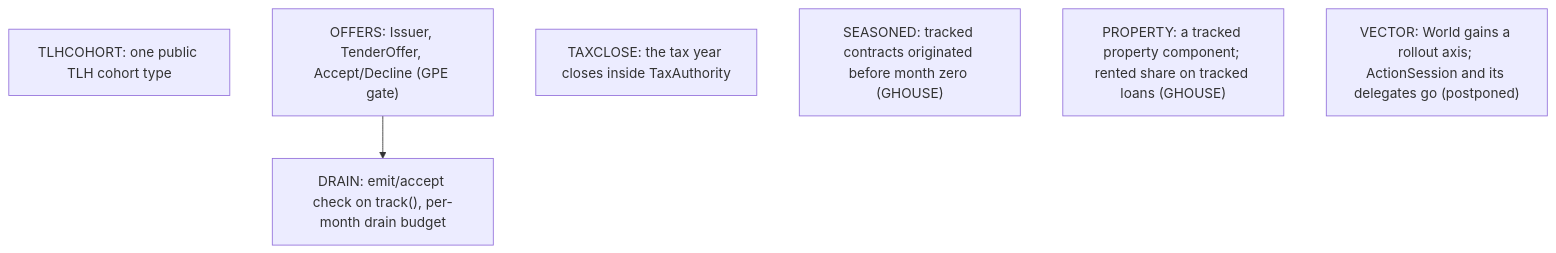
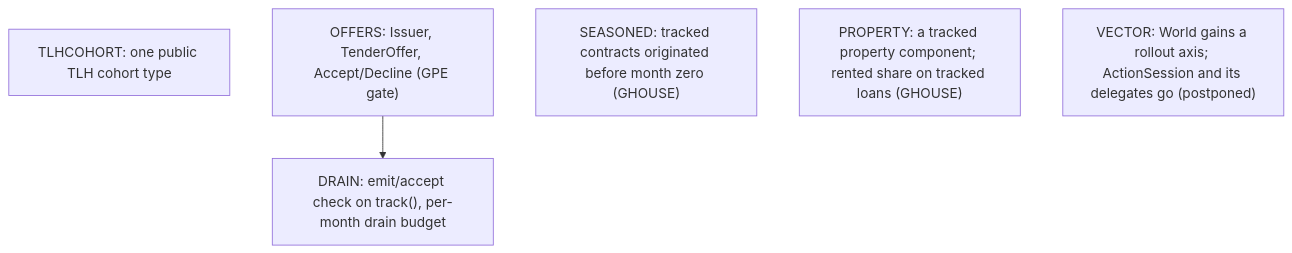
The diagram in finance/augur/plans/library_design_gates.md (agentydragon/ducktape), drawn with Mermaid before and after one commit. The commit also changed other lines of this file and 13 other files, not shown here.

````diff
--- a/finance/augur/plans/library_design_gates.md
+++ b/finance/augur/plans/library_design_gates.md
@@ -16,11 +16,10 @@
 ```mermaid
 graph TD
     TLHCOHORT["TLHCOHORT: one public TLH cohort type"]
     OFFERS["OFFERS: Issuer, TenderOffer, Accept/Decline (GPE gate)"]
     DRAIN["DRAIN: emit/accept check on track(), per-month drain budget"]
-    TAXCLOSE["TAXCLOSE: the tax year closes inside TaxAuthority"]
     SEASONED["SEASONED: tracked contracts originated before month zero (GHOUSE)"]
     PROPERTY["PROPERTY: a tracked property component; rented share on tracked loans (GHOUSE)"]
     VECTOR["VECTOR: World gains a rollout axis; ActionSession and its delegates go (postponed)"]
     OFFERS --> DRAIN
 ```
````
